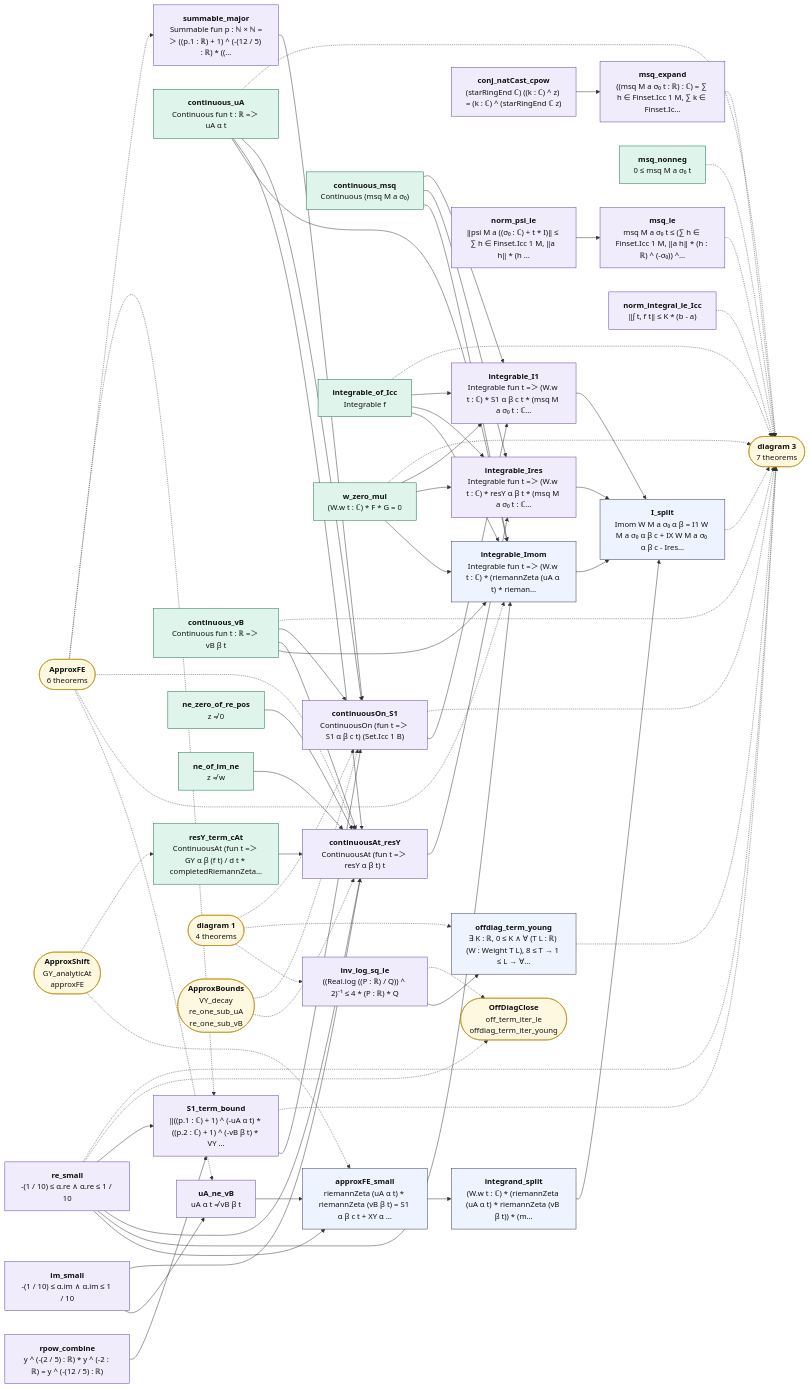
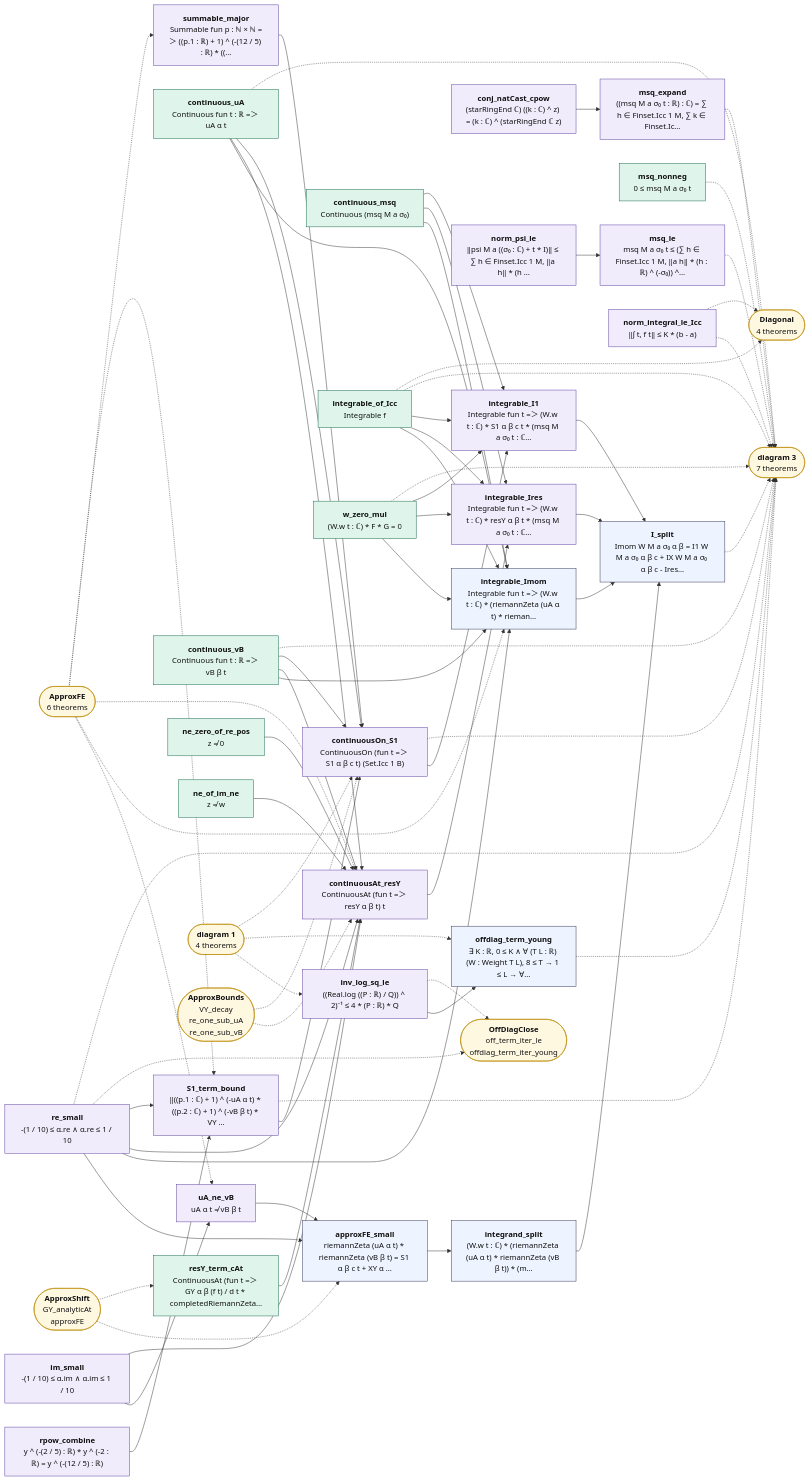
The diagram in map/lean_stage3/TwistedMoment.2.mmd (juliansambranojr/Primebeat_081426), drawn with Mermaid before and after one commit. The commit also changed 32 other files, not shown here.

```diff
--- a/map/lean_stage3/TwistedMoment.2.mmd
+++ b/map/lean_stage3/TwistedMoment.2.mmd
@@ -1,110 +1,113 @@
 flowchart LR
   n0["<b>inv_log_sq_le</b><br/>((Real.log ((P : ℝ) / Q)) ^ 2)⁻¹ ≤ 4 * (P : ℝ) * Q"]:::shp
   n1["<b>offdiag_term_young</b><br/>∃ K : ℝ, 0 ≤ K ∧ ∀ (T L : ℝ) (W : Weight T L), 8 ≤ T → 1 ≤ L → ∀…"]:::thm
   n2["<b>conj_natCast_cpow</b><br/>(starRingEnd ℂ) ((k : ℂ) ^ z) = (k : ℂ) ^ (starRingEnd ℂ z)"]:::shp
   n3["<b>msq_expand</b><br/>((msq M a σ₀ t : ℝ) : ℂ) = ∑ h ∈ Finset.Icc 1 M, ∑ k ∈ Finset.Ic…"]:::shp
   n4["<b>norm_psi_le</b><br/>‖psi M a ((σ₀ : ℂ) + t * I)‖ ≤ ∑ h ∈ Finset.Icc 1 M, ‖a h‖ * (h …"]:::shp
   n5["<b>msq_le</b><br/>msq M a σ₀ t ≤ (∑ h ∈ Finset.Icc 1 M, ‖a h‖ * (h : ℝ) ^ (-σ₀)) ^…"]:::shp
   n6["<b>msq_nonneg</b><br/>0 ≤ msq M a σ₀ t"]:::cnt
   n7["<b>continuous_msq</b><br/>Continuous (msq M a σ₀)"]:::cnt
   n8["<b>re_small</b><br/>-(1 / 10) ≤ α.re ∧ α.re ≤ 1 / 10"]:::shp
   n9["<b>im_small</b><br/>-(1 / 10) ≤ α.im ∧ α.im ≤ 1 / 10"]:::shp
   n10["<b>uA_ne_vB</b><br/>uA α t ≠ vB β t"]:::shp
   n11["<b>approxFE_small</b><br/>riemannZeta (uA α t) * riemannZeta (vB β t) = S1 α β c t + XY α …"]:::thm
   n12["<b>integrand_split</b><br/>(W.w t : ℂ) * (riemannZeta (uA α t) * riemannZeta (vB β t)) * (m…"]:::thm
   n13["<b>continuous_uA</b><br/>Continuous fun t : ℝ =＞ uA α t"]:::cnt
   n14["<b>continuous_vB</b><br/>Continuous fun t : ℝ =＞ vB β t"]:::cnt
   n15["<b>integrable_of_Icc</b><br/>Integrable f"]:::cnt
   n16["<b>w_zero_mul</b><br/>(W.w t : ℂ) * F * G = 0"]:::cnt
   n17["<b>integrable_Imom</b><br/>Integrable fun t =＞ (W.w t : ℂ) * (riemannZeta (uA α t) * rieman…"]:::thm
   n18["<b>resY_term_cAt</b><br/>ContinuousAt (fun t =＞ GY α β (f t) / d t * completedRiemannZeta…"]:::cnt
   n19["<b>ne_zero_of_re_pos</b><br/>z ≠ 0"]:::cnt
   n20["<b>ne_of_im_ne</b><br/>z ≠ w"]:::cnt
   n21["<b>continuousAt_resY</b><br/>ContinuousAt (fun t =＞ resY α β t) t"]:::shp
   n22["<b>integrable_Ires</b><br/>Integrable fun t =＞ (W.w t : ℂ) * resY α β t * (msq M a σ₀ t : ℂ…"]:::shp
   n23["<b>summable_major</b><br/>Summable fun p : ℕ × ℕ =＞ ((p.1 : ℝ) + 1) ^ (-(12 / 5) : ℝ) * ((…"]:::shp
   n24["<b>rpow_combine</b><br/>y ^ (-(2 / 5) : ℝ) * y ^ (-2 : ℝ) = y ^ (-(12 / 5) : ℝ)"]:::shp
   n25["<b>S1_term_bound</b><br/>‖((p.1 : ℂ) + 1) ^ (-uA α t) * ((p.2 : ℂ) + 1) ^ (-vB β t) * VY …"]:::shp
   n26["<b>continuousOn_S1</b><br/>ContinuousOn (fun t =＞ S1 α β c t) (Set.Icc 1 B)"]:::shp
   n27["<b>integrable_I1</b><br/>Integrable fun t =＞ (W.w t : ℂ) * S1 α β c t * (msq M a σ₀ t : ℂ…"]:::shp
   n28["<b>I_split</b><br/>Imom W M a σ₀ α β = I1 W M a σ₀ α β c + IX W M a σ₀ α β c - Ires…"]:::thm
   n29["<b>norm_integral_le_Icc</b><br/>‖∫ t, f t‖ ≤ K * (b - a)"]:::shp
   x0(["<b>diagram 1</b><br/>4 theorems"]):::ext
   x1(["<b>OffDiagClose</b><br/>off_term_iter_le<br/>offdiag_term_iter_young"]):::ext
   x2(["<b>diagram 3</b><br/>7 theorems"]):::ext
   x3(["<b>ApproxFE</b><br/>6 theorems"]):::ext
   x4(["<b>ApproxShift</b><br/>GY_analyticAt<br/>approxFE"]):::ext
-  x5(["<b>ApproxBounds</b><br/>VY_decay<br/>re_one_sub_uA<br/>re_one_sub_vB"]):::ext
+  x5(["<b>Diagonal</b><br/>4 theorems"]):::ext
+  x6(["<b>ApproxBounds</b><br/>VY_decay<br/>re_one_sub_uA<br/>re_one_sub_vB"]):::ext
   n0 --> n1
   n10 --> n11
   n11 --> n12
   n12 --> n28
   n13 --> n17
   n13 --> n21
   n13 --> n26
   n14 --> n17
   n14 --> n21
   n14 --> n26
   n15 --> n17
   n15 --> n22
   n15 --> n27
   n16 --> n17
   n16 --> n22
   n16 --> n27
   n17 --> n28
   n18 --> n21
   n19 --> n21
   n2 --> n3
   n20 --> n21
   n21 --> n22
   n22 --> n28
   n23 --> n26
   n24 --> n25
   n25 --> n26
   n26 --> n27
   n27 --> n28
   n4 --> n5
   n7 --> n17
   n7 --> n22
   n7 --> n27
   n8 --> n11
   n8 --> n17
   n8 --> n21
   n8 --> n25
   n9 --> n10
   n9 --> n21
   n0 -.-> x1
   n1 -.-> x2
   n13 -.-> x2
   n14 -.-> x2
   n15 -.-> x2
+  n15 -.-> x5
   n16 -.-> x2
   n25 -.-> x2
   n26 -.-> x2
   n28 -.-> x2
   n29 -.-> x2
+  n29 -.-> x5
   n3 -.-> x2
   n5 -.-> x2
   n6 -.-> x2
   n8 -.-> x1
   n8 -.-> x2
   x0 -.-> n0
   x0 -.-> n1
   x0 -.-> n26
   x3 -.-> n10
   x3 -.-> n17
   x3 -.-> n21
   x3 -.-> n23
   x3 -.-> n25
   x4 -.-> n11
   x4 -.-> n18
-  x5 -.-> n21
-  x5 -.-> n26
+  x6 -.-> n21
+  x6 -.-> n26
   classDef cnt fill:#dff5ec,stroke:#17694a,color:#111
   classDef shp fill:#f1ecfb,stroke:#5b3fa0,color:#111
   classDef rh fill:#ffe5e5,stroke:#c22,color:#111,stroke-width:2px
   classDef thm fill:#eef4ff,stroke:#335,color:#111
   classDef end_ fill:#e7f7e7,stroke:#2a7,color:#111,stroke-width:2px
   classDef lone fill:#fff,stroke:#999,color:#111,stroke-dasharray:4 3
   classDef bad fill:#ffe5e5,stroke:#c22,color:#111,stroke-width:2px
   classDef ext fill:#fff8e1,stroke:#b80,color:#111
```
